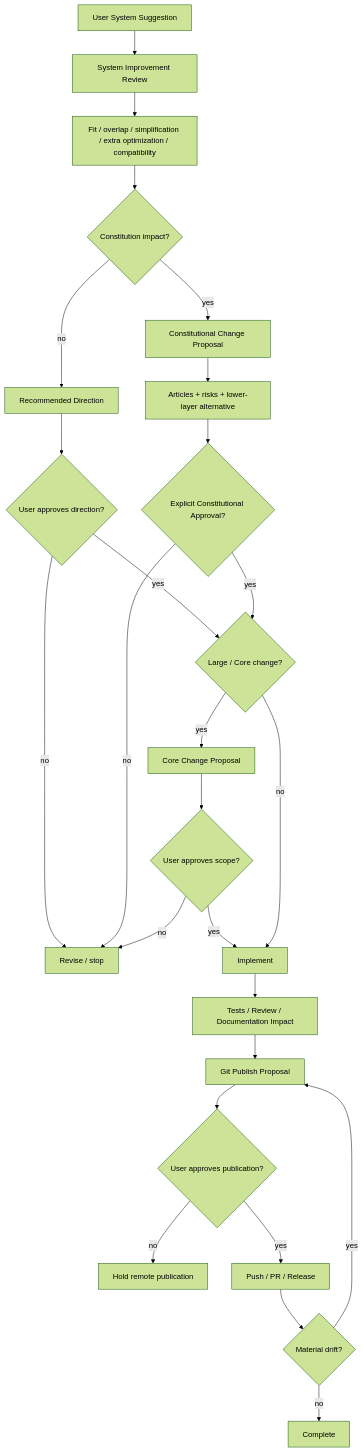
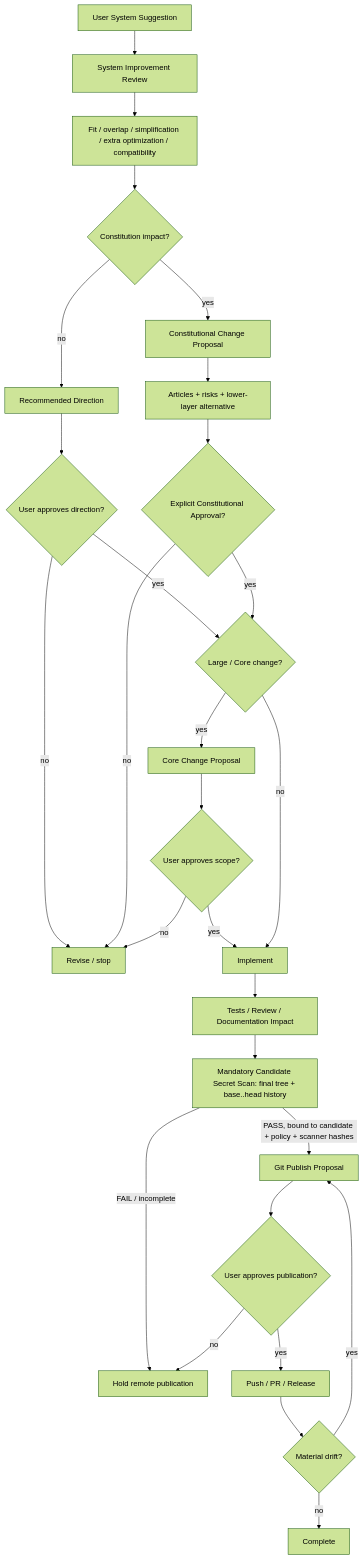
One commit to LucasLu3918/ai-product-system changed diagram 13 of 38 in docs/ARCHITECTURE.md. Above: the diagram before and after it, drawn with Mermaid (forest theme). The commit also changed 35 other files, not shown here.

Commit message:
feat: require candidate secret scanning

```diff
--- a/docs/ARCHITECTURE.md
+++ b/docs/ARCHITECTURE.md
@@ -274,28 +274,30 @@
 ~~~mermaid
 flowchart TD
     U[User System Suggestion] --> R[System Improvement Review]
     R --> F[Fit / overlap / simplification / extra optimization / compatibility]
     F --> C{Constitution impact?}
     C -->|no| D[Recommended Direction]
     D --> UA{User approves direction?}
     UA -->|no| REV[Revise / stop]
     UA -->|yes| CORE{Large / Core change?}
     C -->|yes| CC[Constitutional Change Proposal]
     CC --> AR[Articles + risks + lower-layer alternative]
     AR --> CA{Explicit Constitutional Approval?}
     CA -->|no| REV
     CA -->|yes| CORE
     CORE -->|yes| CP[Core Change Proposal]
     CP --> CPA{User approves scope?}
     CPA -->|no| REV
     CPA -->|yes| I[Implement]
     CORE -->|no| I
     I --> V[Tests / Review / Documentation Impact]
-    V --> GP[Git Publish Proposal]
+    V --> SCAN[Mandatory Candidate Secret Scan: final tree + base..head history]
+    SCAN -->|PASS, bound to candidate + policy + scanner hashes| GP[Git Publish Proposal]
+    SCAN -->|FAIL / incomplete| HOLD[Block publication]
     GP --> PA{User approves publication?}
     PA -->|no| HOLD[Hold remote publication]
     PA -->|yes| PUSH[Push / PR / Release]
     PUSH --> DRIFT{Material drift?}
     DRIFT -->|yes| GP
     DRIFT -->|no| DONE[Complete]
 ~~~
```
